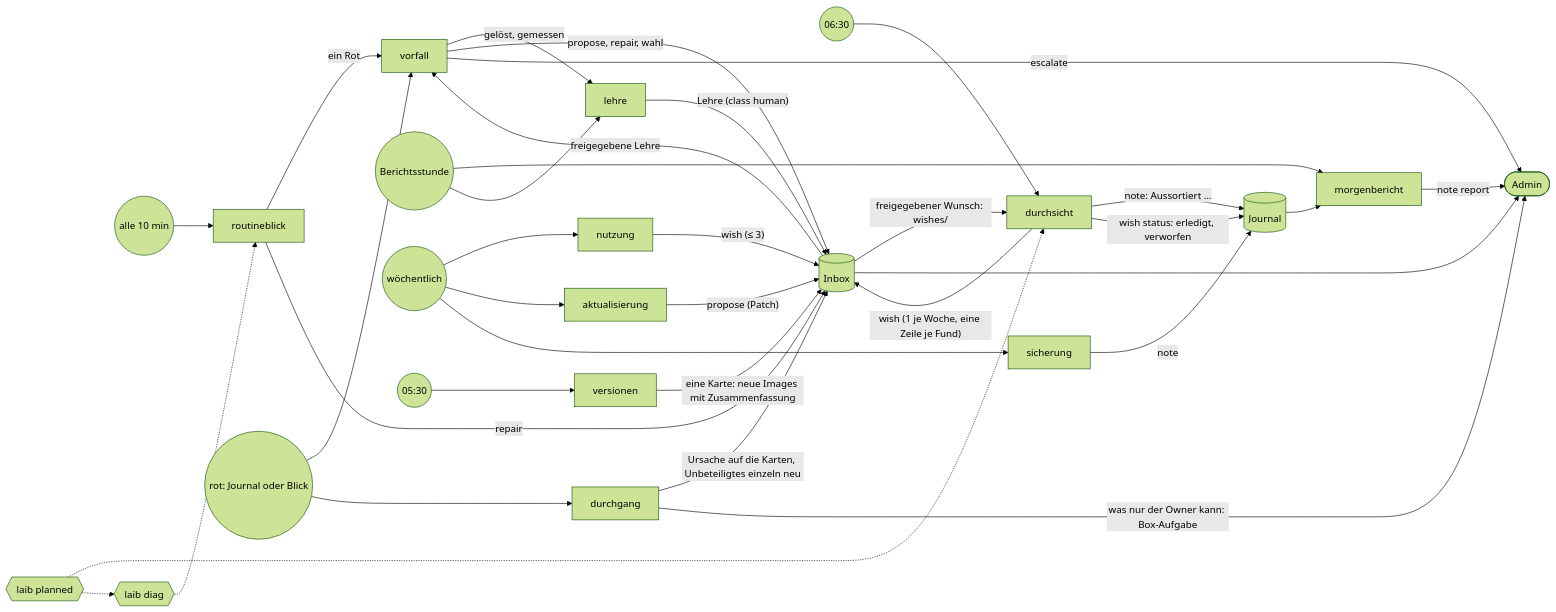
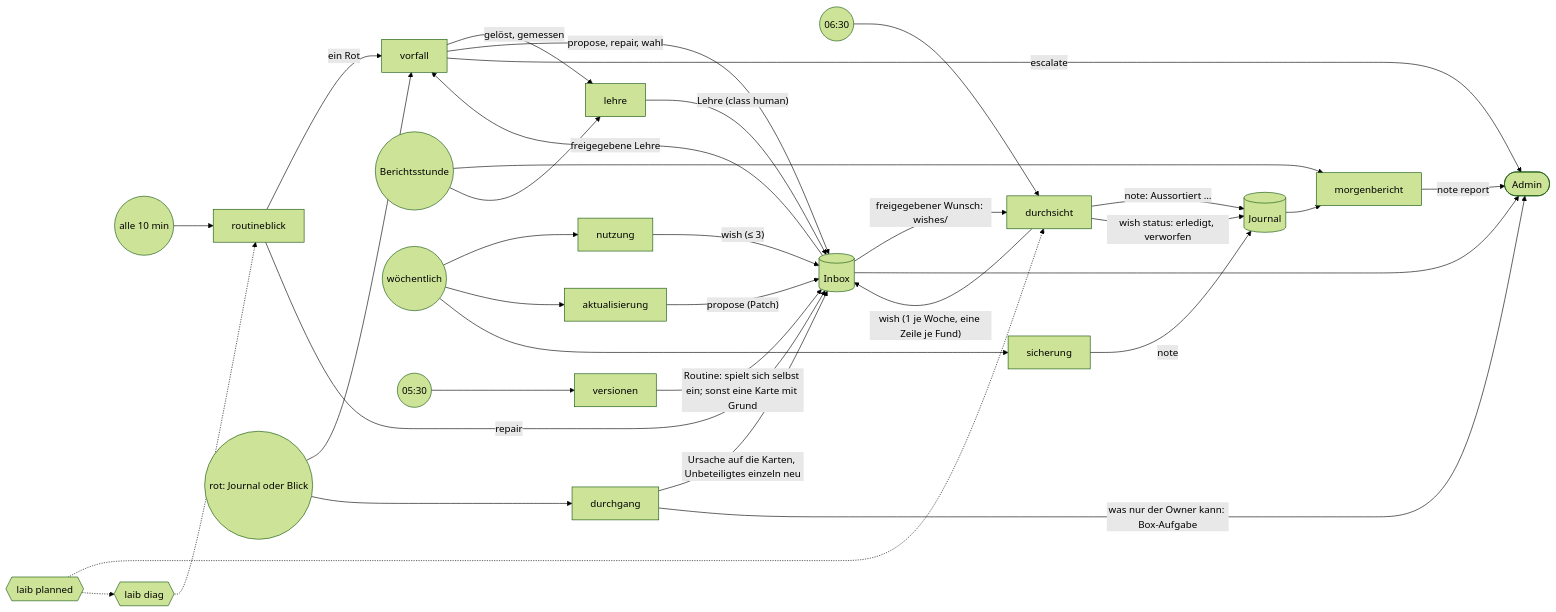
The diagram in docs/SKILLS.md (mdopp/laib), drawn with Mermaid (forest theme) before and after one commit. The commit also changed other lines of this file and 46 other files, not shown here.

````diff
--- a/docs/SKILLS.md
+++ b/docs/SKILLS.md
@@ -9,38 +9,38 @@
 ```mermaid
 flowchart LR
   tick((alle 10 min)) --> routineblick
   red((rot: Journal oder Blick)) --> vorfall
   red --> durchgang
   morning((06:30)) --> durchsicht
   report((Berichtsstunde)) --> morgenbericht
   report --> lehre
   week((wöchentlich)) --> nutzung
   week --> aktualisierung
   night((05:30)) --> versionen
   week --> sicherung
 
   routineblick -- "ein Rot" --> vorfall
   routineblick -- repair --> inbox[(Inbox)]
   vorfall -- "gelöst, gemessen" --> lehre
   vorfall -- "propose, repair, wahl" --> inbox
   vorfall -- escalate --> owner([Admin])
   durchgang -- "Ursache auf die Karten, Unbeteiligtes einzeln neu" --> inbox
   durchgang -- "was nur der Owner kann: Box-Aufgabe" --> owner
   lehre -- "Lehre (class human)" --> inbox
   inbox -- "freigegebene Lehre" --> vorfall
   durchsicht -- "wish (1 je Woche, eine Zeile je Fund)" --> inbox
   nutzung -- "wish (≤ 3)" --> inbox
   aktualisierung -- "propose (Patch)" --> inbox
-  versionen -- "eine Karte: neue Images mit Zusammenfassung" --> inbox
+  versionen -- "Routine: spielt sich selbst ein; sonst eine Karte mit Grund" --> inbox
   inbox -- "freigegebener Wunsch: wishes/" --> durchsicht
   durchsicht -- "note: Aussortiert …" --> journal[(Journal)]
   sicherung -- note --> journal
   durchsicht -- "wish status: erledigt, verworfen" --> journal
   journal --> morgenbericht
   morgenbericht -- "note report" --> owner
   inbox --> owner
 
   planned{{laib planned}} -.-> durchsicht
   planned -.-> diag{{laib diag}}
   diag -.-> routineblick
 ```
````
